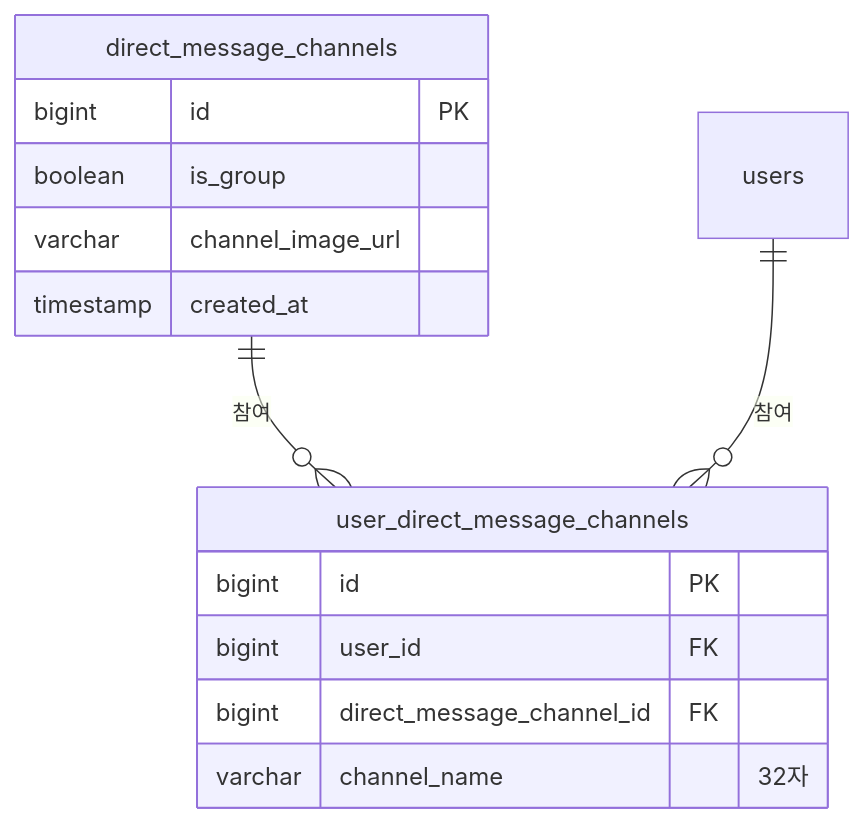
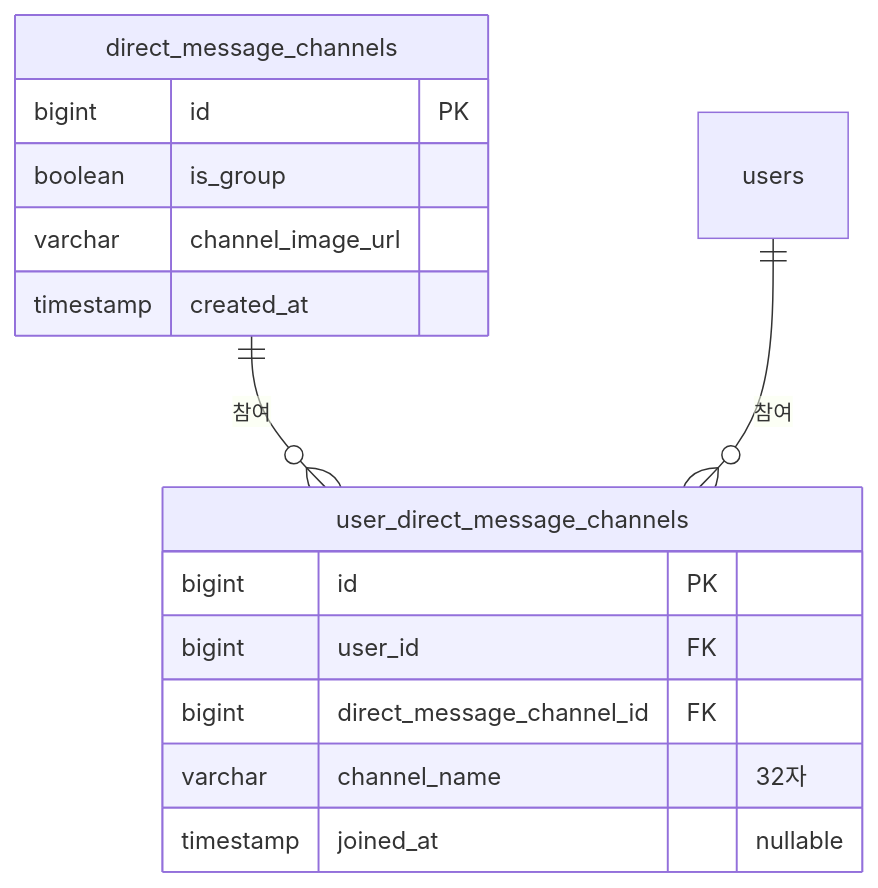
The first of 2 diagrams in docs/02-domain/dm-channel-model.md (danmalgi-project/danmalgi_api), drawn with Mermaid before and after one commit. The commit also changed other lines of this file and 4 other files, not shown here.

````diff
--- a/docs/02-domain/dm-channel-model.md
+++ b/docs/02-domain/dm-channel-model.md
@@ -9,18 +9,19 @@
 ```mermaid
 erDiagram
     direct_message_channels ||--o{ user_direct_message_channels : "참여"
     users ||--o{ user_direct_message_channels : "참여"
 
     direct_message_channels {
         bigint id PK
         boolean is_group
         varchar channel_image_url
         timestamp created_at
     }
     user_direct_message_channels {
         bigint id PK
         bigint user_id FK
         bigint direct_message_channel_id FK
         varchar channel_name "32자"
+        timestamp joined_at "nullable"
     }
 ```
````
